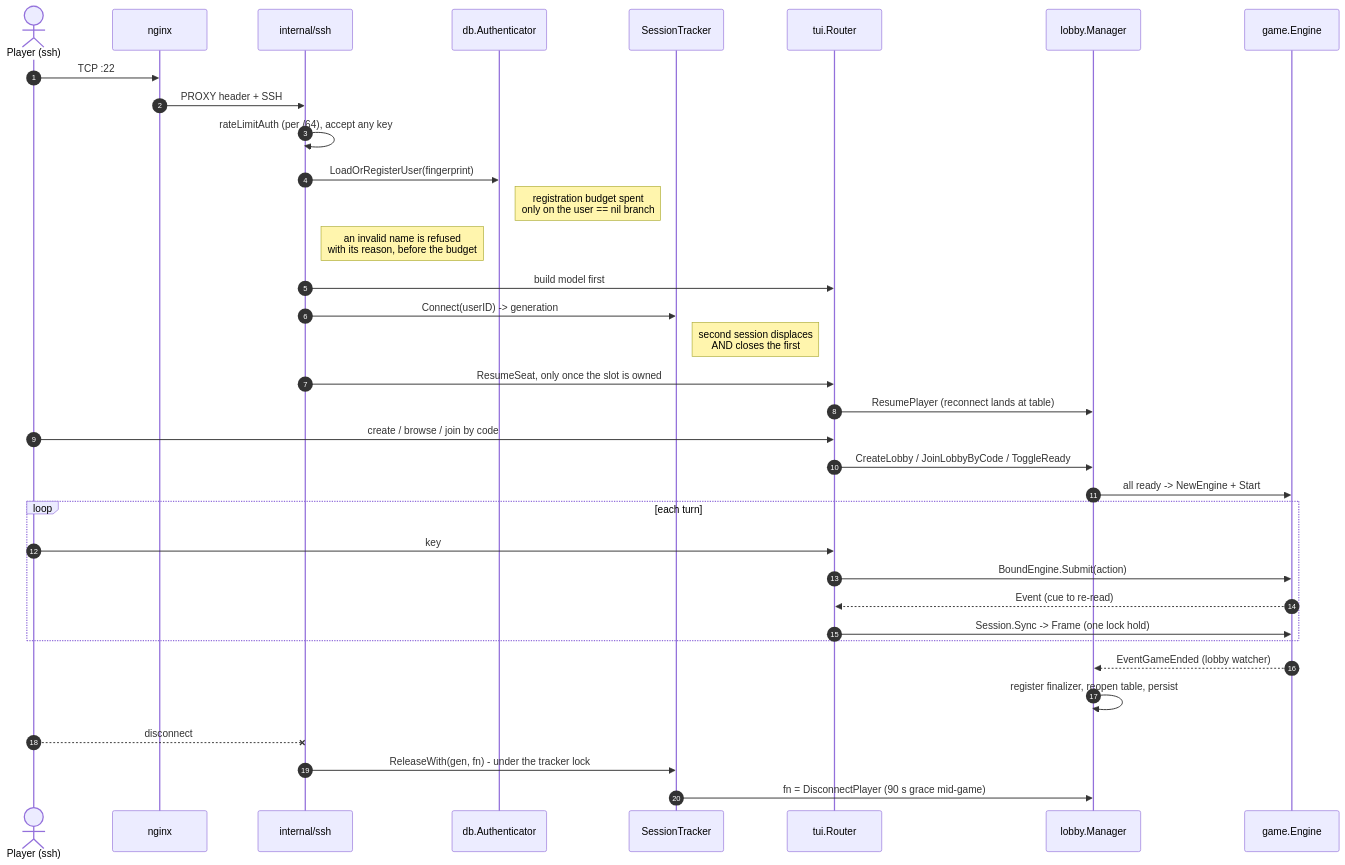
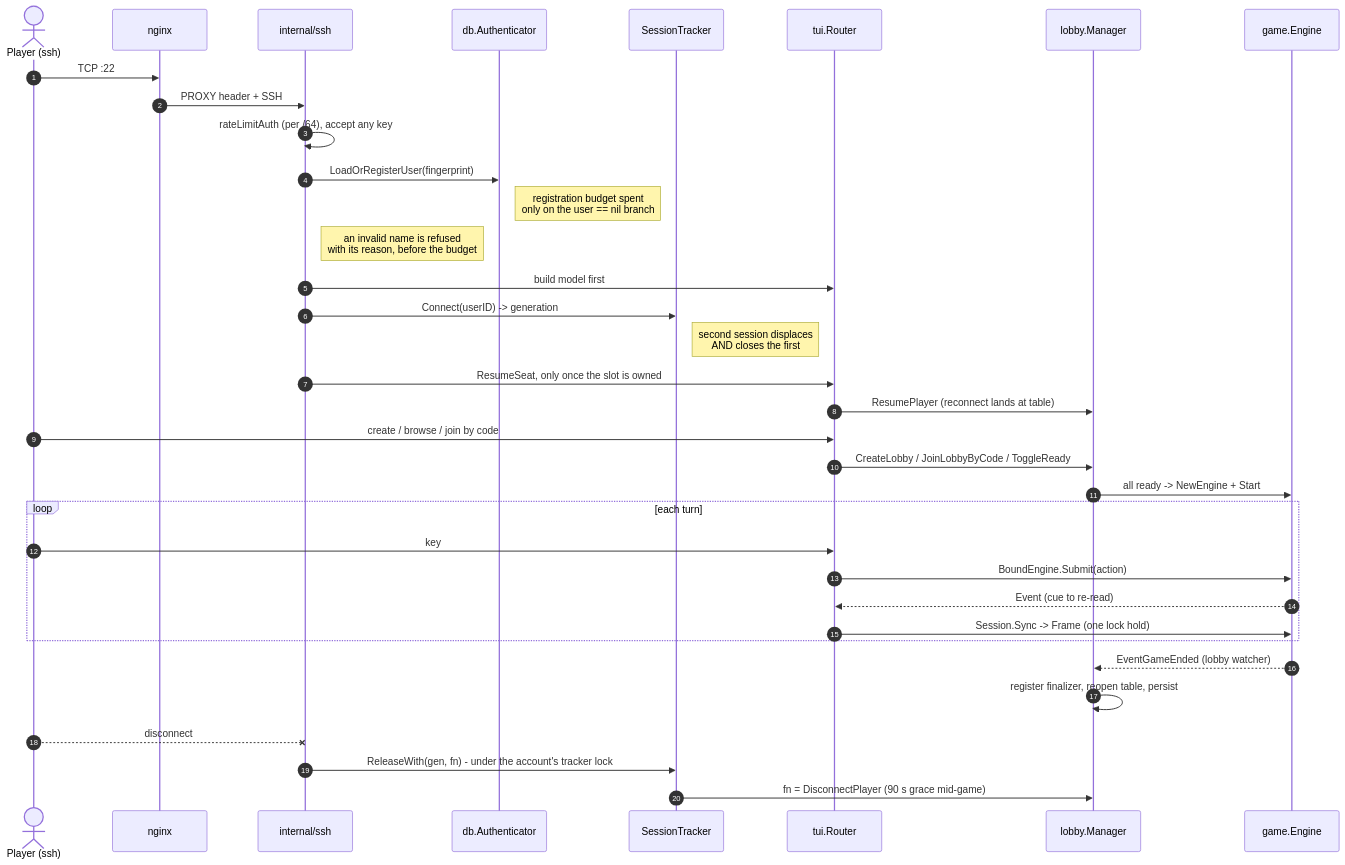
One commit to Pieczasz/tty-cards changed the fourth of 11 diagrams in docs/codebase-map.md. Above: the diagram before and after it, drawn with Mermaid. The commit also changed other lines of this file and 7 other files, not shown here.

Commit message:
refactor(ssh): lock the session tracker per account

````diff
--- a/docs/codebase-map.md
+++ b/docs/codebase-map.md
@@ -200,38 +200,38 @@
 ```mermaid
 sequenceDiagram
     autonumber
     actor P as Player (ssh)
     participant N as nginx
     participant S as internal/ssh
     participant R as db.Authenticator
     participant T as SessionTracker
     participant TUI as tui.Router
     participant M as lobby.Manager
     participant E as game.Engine
 
     P->>N: TCP :22
     N->>S: PROXY header + SSH
     S->>S: rateLimitAuth (per /64), accept any key
     S->>R: LoadOrRegisterUser(fingerprint)
     Note right of R: registration budget spent<br/>only on the user == nil branch
     Note right of S: an invalid name is refused<br/>with its reason, before the budget
     S->>TUI: build model first
     S->>T: Connect(userID) -> generation
     Note right of T: second session displaces<br/>AND closes the first
     S->>TUI: ResumeSeat, only once the slot is owned
     TUI->>M: ResumePlayer (reconnect lands at table)
     P->>TUI: create / browse / join by code
     TUI->>M: CreateLobby / JoinLobbyByCode / ToggleReady
     M->>E: all ready -> NewEngine + Start
     loop each turn
         P->>TUI: key
         TUI->>E: BoundEngine.Submit(action)
         E-->>TUI: Event (cue to re-read)
         TUI->>E: Session.Sync -> Frame (one lock hold)
     end
     E-->>M: EventGameEnded (lobby watcher)
     M->>M: register finalizer, reopen table, persist
     P--xS: disconnect
-    S->>T: ReleaseWith(gen, fn) - under the tracker lock
+    S->>T: ReleaseWith(gen, fn) - under the account's tracker lock
     T->>M: fn = DisconnectPlayer (90 s grace mid-game)
 ```
````
